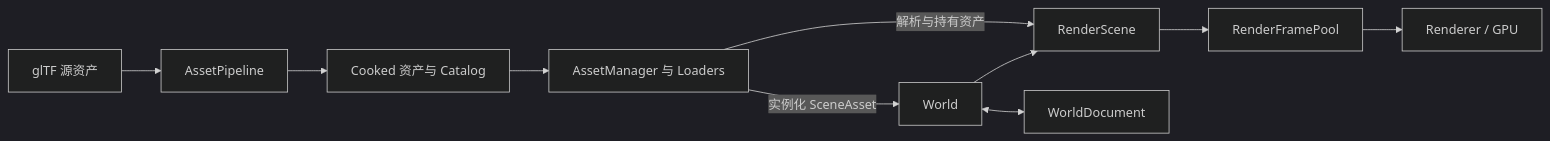
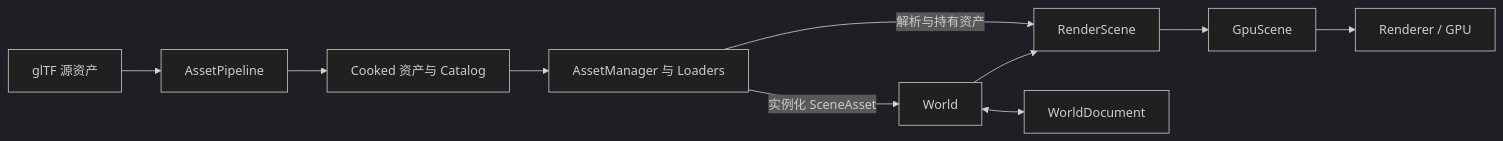
One commit to hanyangl5/horizon changed the diagram in Docs/WorldTutorial.md. Above: the diagram before and after it, drawn with Mermaid (dark theme). The commit also changed other lines of this file and 2 other files, not shown here.

First line of the commit message:
Document the implemented GpuScene design

````diff
--- a/Docs/WorldTutorial.md
+++ b/Docs/WorldTutorial.md
@@ -23,12 +23,12 @@
 ```mermaid
 flowchart LR
     source[glTF 源资产] --> cook[AssetPipeline]
     cook --> cooked[Cooked 资产与 Catalog]
     cooked --> assetManager[AssetManager 与 Loaders]
     assetManager -->|实例化 SceneAsset| world[World]
     world --> scene[RenderScene]
     assetManager -->|解析与持有资产| scene
-    scene --> frames[RenderFramePool]
-    frames --> renderer[Renderer / GPU]
+    scene --> gpu[GpuScene]
+    gpu --> renderer[Renderer / GPU]
     world <--> document[WorldDocument]
 ```
````
